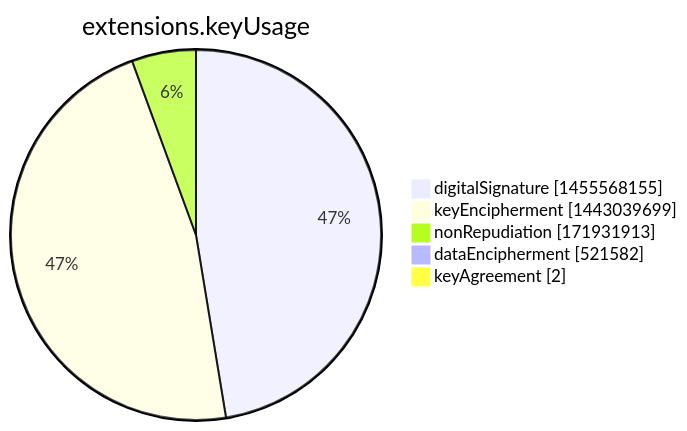
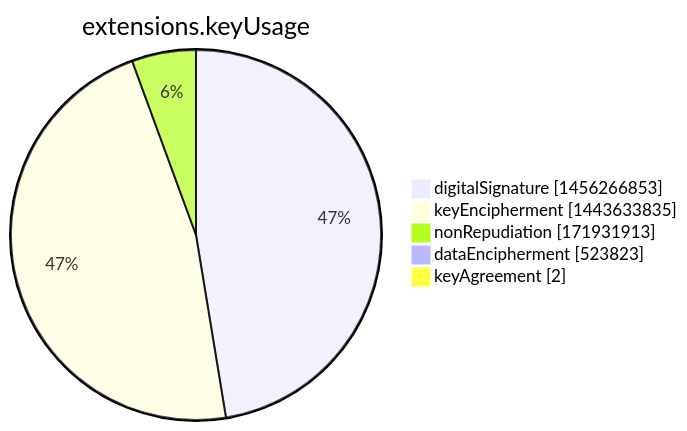
Before and after one commit to christiankrug/ctmonitor_visualization: the seventh of 15 diagrams in argon2022/README.md, drawn with Mermaid. The commit also changed other lines of this file, not shown here.

````diff
--- a/argon2022/README.md
+++ b/argon2022/README.md
@@ -2751,9 +2751,9 @@
 ```mermaid
 pie showData
 title extensions.keyUsage
-"digitalSignature" :1455568155
-"keyEncipherment" :1443039699
+"digitalSignature" :1456266853
+"keyEncipherment" :1443633835
 "nonRepudiation" :171931913
-"dataEncipherment" :521582
+"dataEncipherment" :523823
 "keyAgreement" :2
 ```
````
